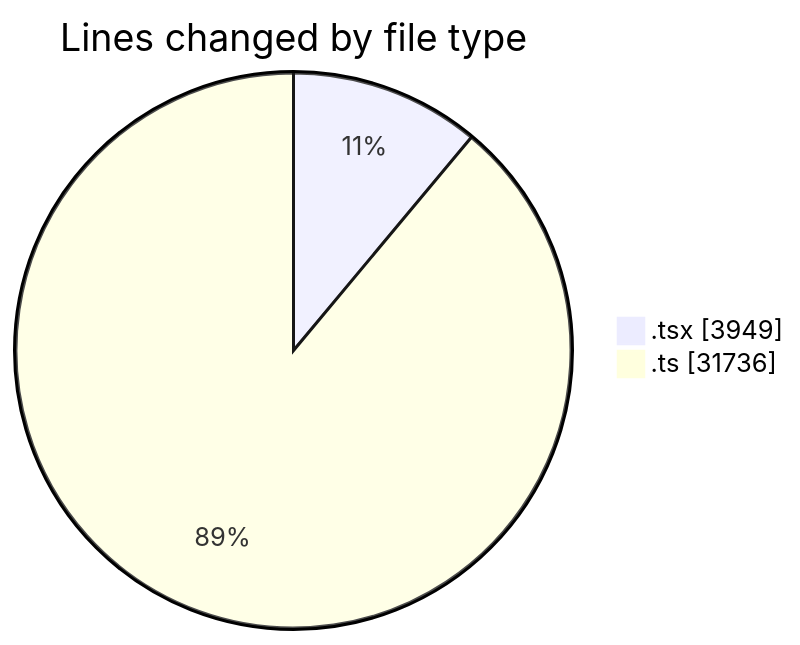
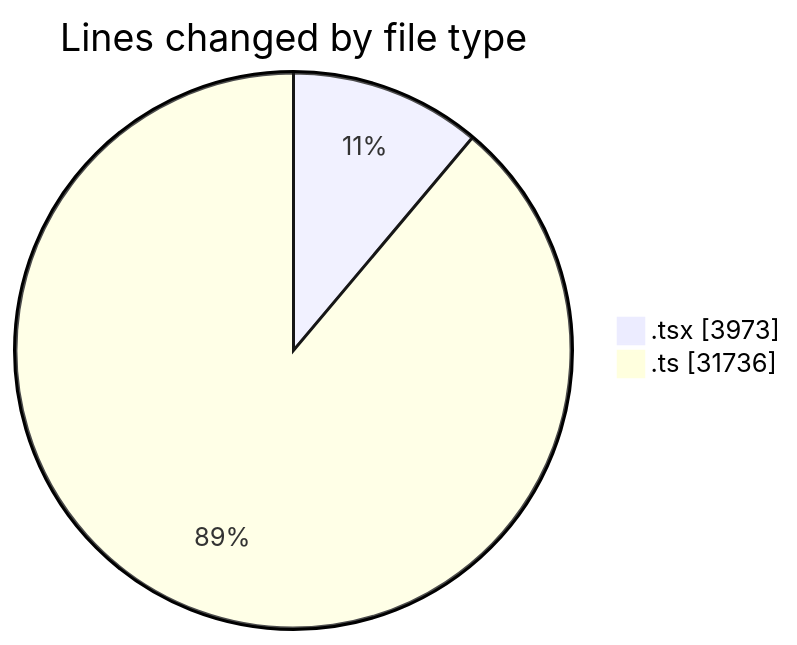
The first of 2 diagrams in 2025-07-07/cda/README.md (momahboobian/code-tracking), drawn with Mermaid before and after one commit. The commit also changed other lines of this file and 1 other file, not shown here.

````diff
--- a/2025-07-07/cda/README.md
+++ b/2025-07-07/cda/README.md
@@ -28,6 +28,6 @@
 ```mermaid
 pie showData
 title Lines changed by file type
-".tsx" : 3949
+".tsx" : 3973
 ".ts" : 31736
 ```
````
